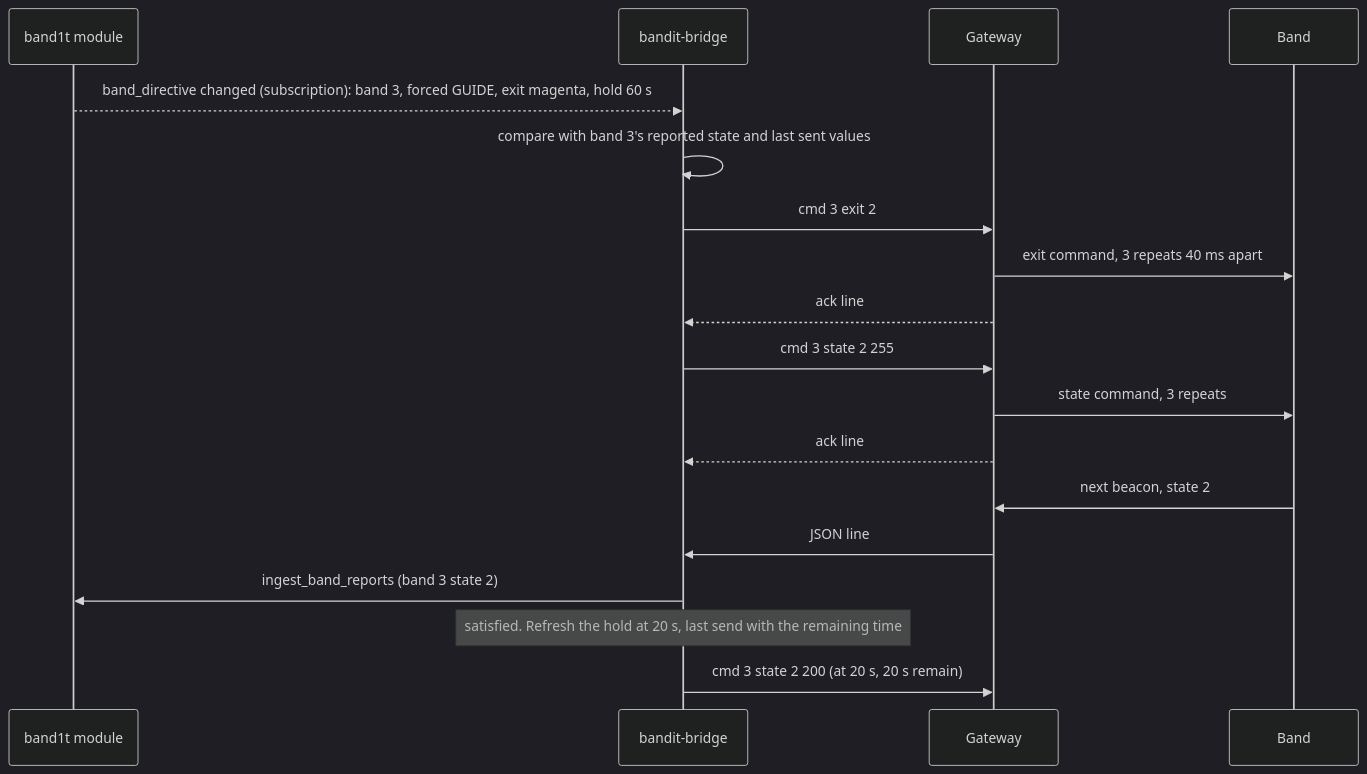
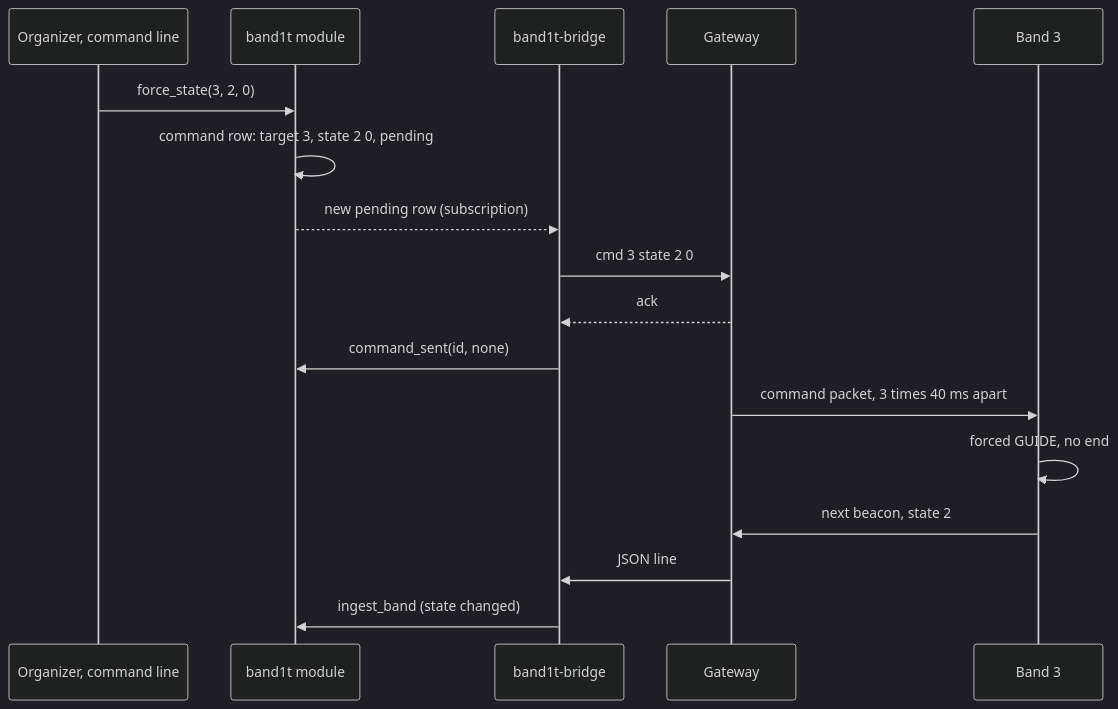
One commit to viktorinkov/cal-hacks-13 changed the third of 4 diagrams in System Design/3-services/Gateway-Bridge.md. Above: the diagram before and after it, drawn with Mermaid (dark theme). The commit also changed other lines of this file and 26 other files, not shown here.

````diff
--- a/System Design/3-services/Gateway-Bridge.md
+++ b/System Design/3-services/Gateway-Bridge.md
@@ -163,20 +140,19 @@
 ```mermaid
 sequenceDiagram
+    participant O as Organizer, command line
     participant M as band1t module
-    participant R as bandit-bridge
+    participant R as band1t-bridge
     participant G as Gateway
-    participant B as Band
-    M-->>R: band_directive changed (subscription): band 3, forced GUIDE, exit magenta, hold 60 s
-    R->>R: compare with band 3's reported state and last sent values
-    R->>G: cmd 3 exit 2
-    G->>B: exit command, 3 repeats 40 ms apart
-    G-->>R: ack line
-    R->>G: cmd 3 state 2 255
-    G->>B: state command, 3 repeats
-    G-->>R: ack line
+    participant B as Band 3
+    O->>M: force_state(3, 2, 0)
+    M->>M: command row: target 3, state 2 0, pending
+    M-->>R: new pending row (subscription)
+    R->>G: cmd 3 state 2 0
+    G-->>R: ack
+    R->>M: command_sent(id, none)
+    G->>B: command packet, 3 times 40 ms apart
+    B->>B: forced GUIDE, no end
     B->>G: next beacon, state 2
     G->>R: JSON line
-    R->>M: ingest_band_reports (band 3 state 2)
-    Note over R: satisfied. Refresh the hold at 20 s, last send with the remaining time
-    R->>G: cmd 3 state 2 200 (at 20 s, 20 s remain)
+    R->>M: ingest_band (state changed)
 ```
````
